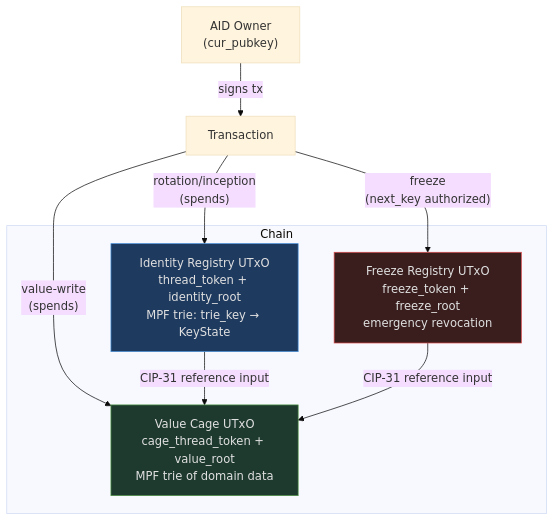
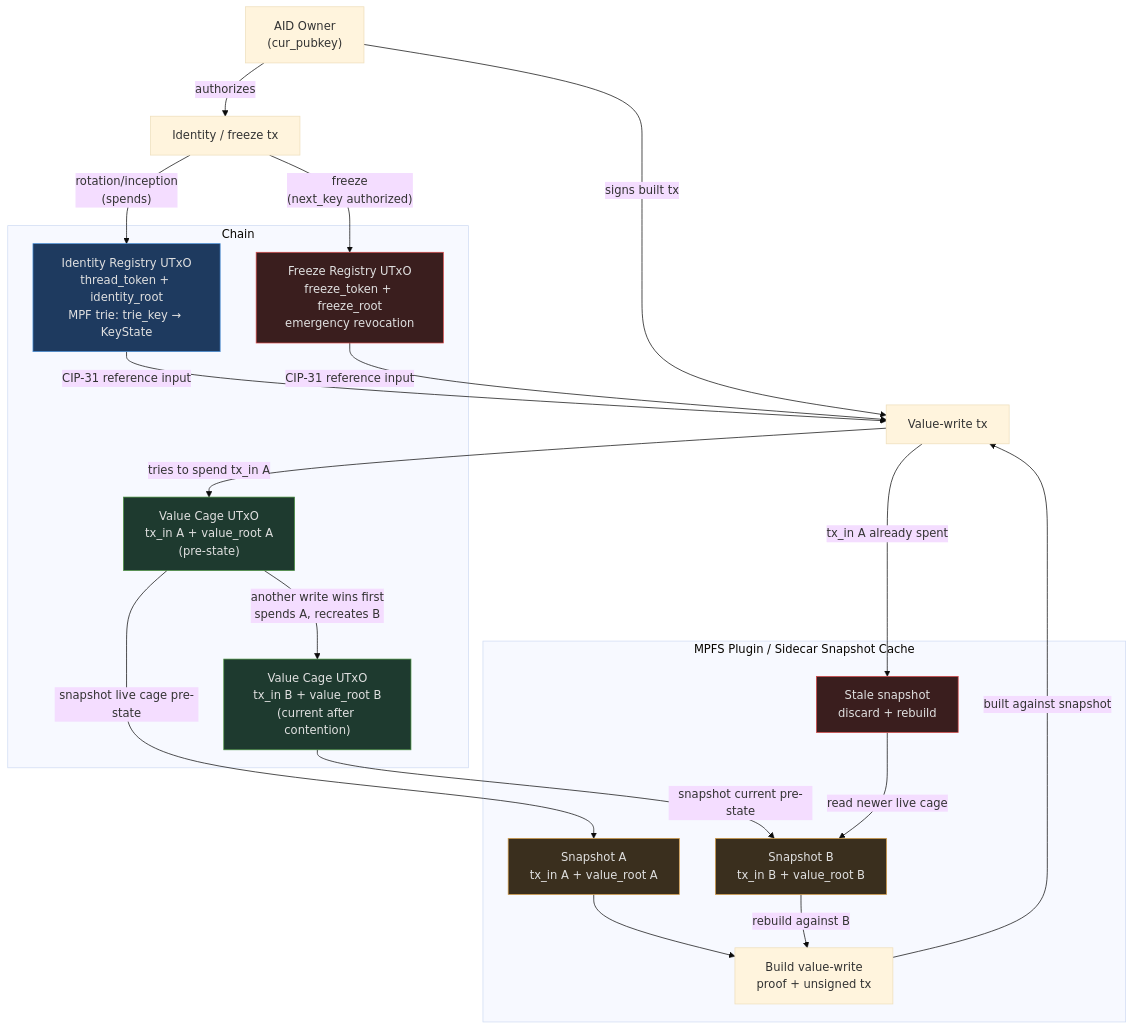
Before and after one commit to lambdasistemi/cardano-keri: the second of 2 diagrams in docs/index.md, drawn with Mermaid (base theme). The commit also changed other lines of this file and 3 other files, not shown here.

````diff
--- a/docs/index.md
+++ b/docs/index.md
@@ -53,19 +76,40 @@
 ```mermaid
 flowchart TD
     subgraph Chain
         IR["Identity Registry UTxO<br/>thread_token + identity_root<br/>MPF trie: trie_key → KeyState"]
         FR["Freeze Registry UTxO<br/>freeze_token + freeze_root<br/>emergency revocation"]
-        VC["Value Cage UTxO<br/>cage_thread_token + value_root<br/>MPF trie of domain data"]
+        VC0["Value Cage UTxO<br/>tx_in A + value_root A<br/>(pre-state)"]
+        VC1["Value Cage UTxO<br/>tx_in B + value_root B<br/>(current after contention)"]
     end
 
-    Owner["AID Owner<br/>(cur_pubkey)"] -->|"signs tx"| TX["Transaction"]
-    TX -->|"rotation/inception<br/>(spends)"| IR
-    TX -->|"value-write<br/>(spends)"| VC
-    TX -->|"freeze<br/>(next_key authorized)"| FR
-    IR -->|"CIP-31 reference input"| VC
-    FR -->|"CIP-31 reference input"| VC
+    subgraph "MPFS Plugin / Sidecar Snapshot Cache"
+        SnapA["Snapshot A<br/>tx_in A + value_root A"]
+        SnapB["Snapshot B<br/>tx_in B + value_root B"]
+        Build["Build value-write<br/>proof + unsigned tx"]
+        Retry["Stale snapshot<br/>discard + rebuild"]
+    end
+
+    VC0 -->|"snapshot live cage pre-state"| SnapA
+    SnapA --> Build
+    Owner["AID Owner<br/>(cur_pubkey)"] -->|"authorizes"| ITX["Identity / freeze tx"]
+    ITX -->|"rotation/inception<br/>(spends)"| IR
+    ITX -->|"freeze<br/>(next_key authorized)"| FR
+    Owner -->|"signs built tx"| VTX["Value-write tx"]
+    Build -->|"built against snapshot"| VTX
+    VTX -->|"tries to spend tx_in A"| VC0
+    VC0 -->|"another write wins first<br/>spends A, recreates B"| VC1
+    VTX -->|"tx_in A already spent"| Retry
+    Retry -->|"read newer live cage"| SnapB
+    VC1 -->|"snapshot current pre-state"| SnapB
+    SnapB -->|"rebuild against B"| Build
+    IR -->|"CIP-31 reference input"| VTX
+    FR -->|"CIP-31 reference input"| VTX
 
     style IR fill:#1e3a5f,stroke:#4a90d9,color:#e0e0e0
     style FR fill:#3a1e1e,stroke:#d94a4a,color:#e0e0e0
-    style VC fill:#1e3a2f,stroke:#4a9040,color:#e0e0e0
+    style VC0 fill:#1e3a2f,stroke:#4a9040,color:#e0e0e0
+    style VC1 fill:#1e3a2f,stroke:#4a9040,color:#e0e0e0
+    style SnapA fill:#3a2f1e,stroke:#d9a04a,color:#e0e0e0
+    style SnapB fill:#3a2f1e,stroke:#d9a04a,color:#e0e0e0
+    style Retry fill:#3a1e1e,stroke:#d94a4a,color:#e0e0e0
 ```
````
